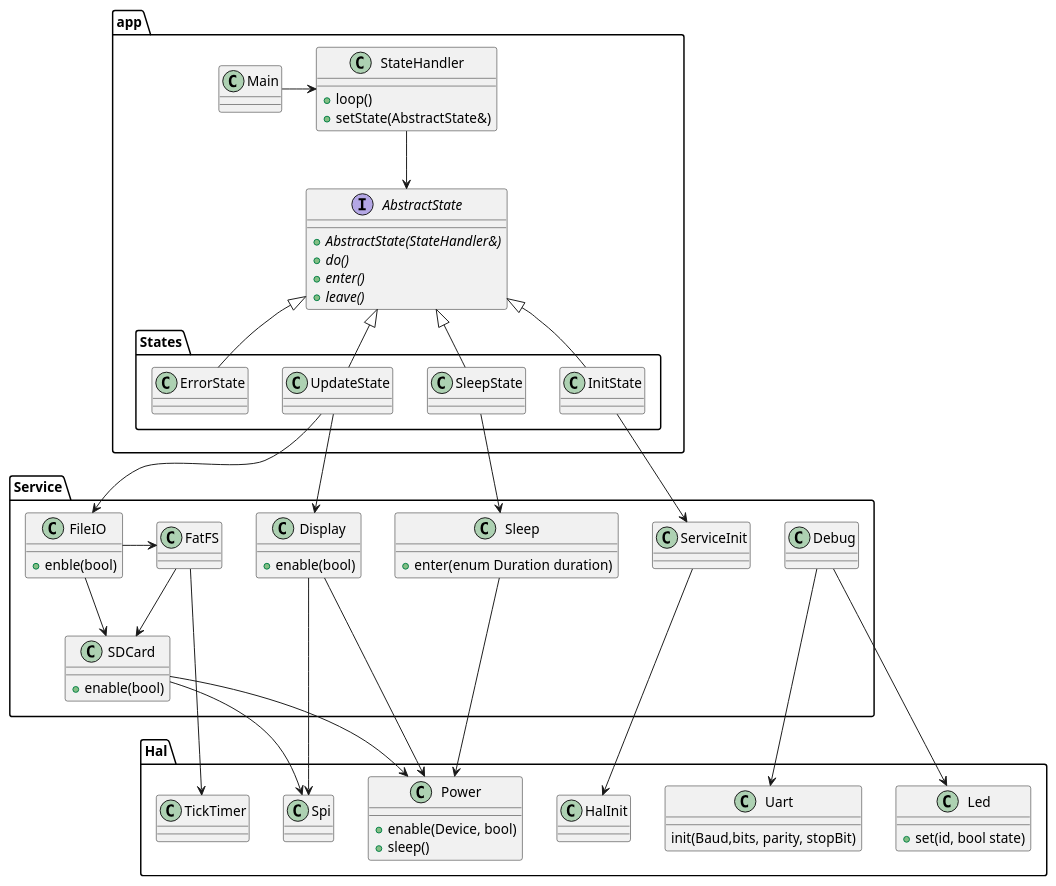
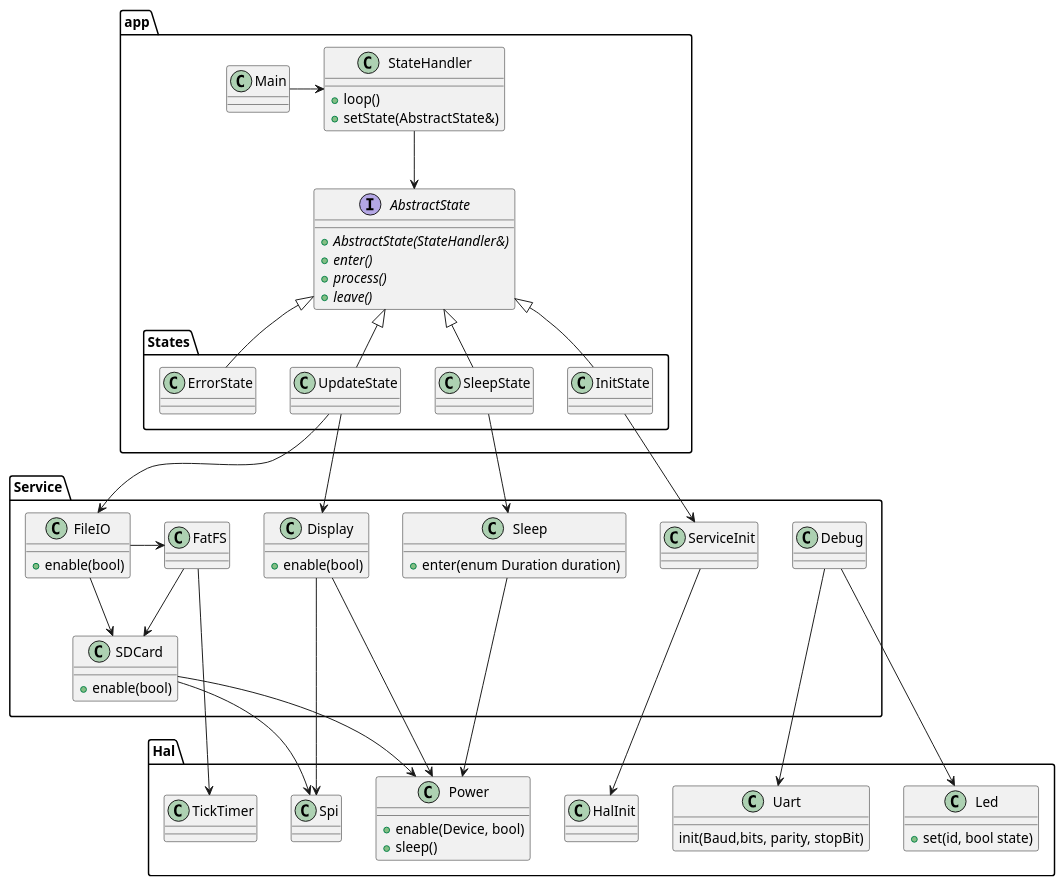
Before and after one commit to nhjschulz/EInkPicFrame: the diagram in design/plantuml/ClassDiagram.plantuml, drawn with PlantUML. The commit also changed 8 other files, not shown here.

```diff
--- a/design/plantuml/ClassDiagram.plantuml
+++ b/design/plantuml/ClassDiagram.plantuml
@@ -1,94 +1,94 @@
 @startuml
 
 package app {
     class Main
     class StateHandler {
         +loop()
         +setState(AbstractState&)
     }
     interface AbstractState {
         {abstract}+AbstractState(StateHandler&)
-        {abstract} +do()
         {abstract} +enter()
+        {abstract} +process()
         {abstract} +leave()
     }
     package States {
         class SleepState
         class UpdateState
         class InitState
         class ErrorState
 
         UpdateState -u-|> AbstractState
         SleepState -u-|> AbstractState
         InitState -u-|> AbstractState
         ErrorState -u-|> AbstractState
 
     }
 
     Main -> StateHandler
     StateHandler --> AbstractState
 }
 
 package Service {
     class FileIO {
-        +enble(bool)
+        +enable(bool)
     }
     class FatFS
     class ServiceInit {
       
     }
     class Display {
         +enable(bool)
     }
     class SDCard {
         +enable(bool)
     }
     class Debug
     class Sleep {
         +enter(enum Duration duration)
     }
 
 }
 
 package Hal {
 
     class Spi 
     class Uart {
         init(Baud,bits, parity, stopBit)
 
     }
     
     class HalInit
     class Power {
         +enable(Device, bool)
         +sleep()
     }
     class Led {
         +set(id, bool state)
     }
 
     class TickTimer {
 
     }
 
 
 }
 
 InitState --> ServiceInit
 ServiceInit --> HalInit
 UpdateState --> FileIO
 UpdateState --> Display
 SleepState --> Sleep
 FileIO ->FatFS
 FatFS --> SDCard
 FileIO --> SDCard
 
 Debug --> Uart
 Debug --> Led
 SDCard --> Spi
 Display --> Spi
 SDCard --> Power
 Display --> Power
 Sleep --> Power
 FatFS --> TickTimer
 @enduml
```
